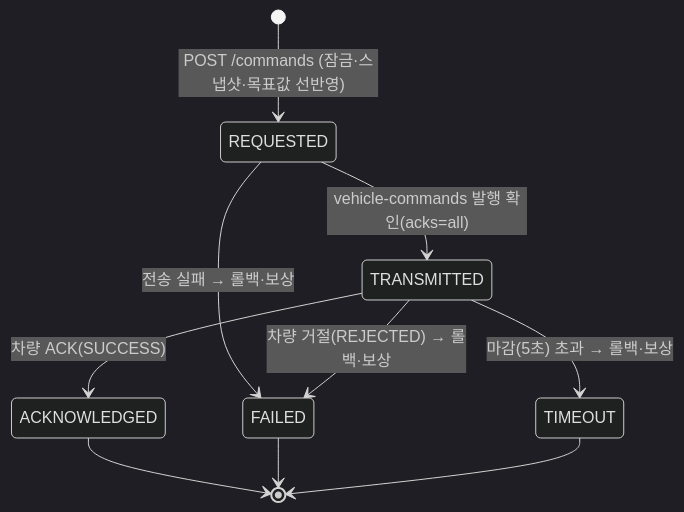
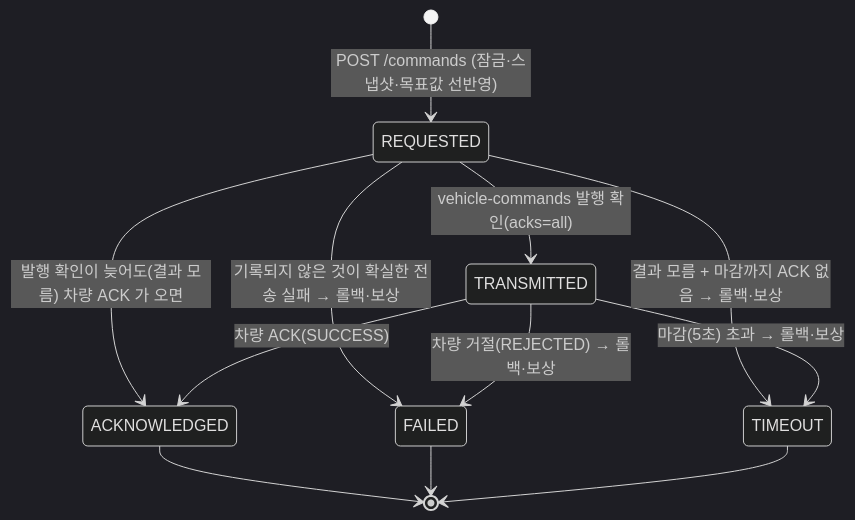
The third of 5 diagrams in README.md (JuuuuHong/mini-fms-backend), drawn with Mermaid (dark theme) before and after one commit. The commit also changed other lines of this file, not shown here.

````diff
--- a/README.md
+++ b/README.md
@@ -273,12 +282,14 @@
 ```mermaid
 stateDiagram-v2
     [*] --> REQUESTED: POST /commands (잠금·스냅샷·목표값 선반영)
     REQUESTED --> TRANSMITTED: vehicle-commands 발행 확인(acks=all)
-    REQUESTED --> FAILED: 전송 실패 → 롤백·보상
+    REQUESTED --> FAILED: 기록되지 않은 것이 확실한 전송 실패 → 롤백·보상
+    REQUESTED --> ACKNOWLEDGED: 발행 확인이 늦어도(결과 모름) 차량 ACK 가 오면
+    REQUESTED --> TIMEOUT: 결과 모름 + 마감까지 ACK 없음 → 롤백·보상
     TRANSMITTED --> ACKNOWLEDGED: 차량 ACK(SUCCESS)
     TRANSMITTED --> FAILED: 차량 거절(REJECTED) → 롤백·보상
     TRANSMITTED --> TIMEOUT: 마감(5초) 초과 → 롤백·보상
     ACKNOWLEDGED --> [*]
     FAILED --> [*]
     TIMEOUT --> [*]
 ```
````
